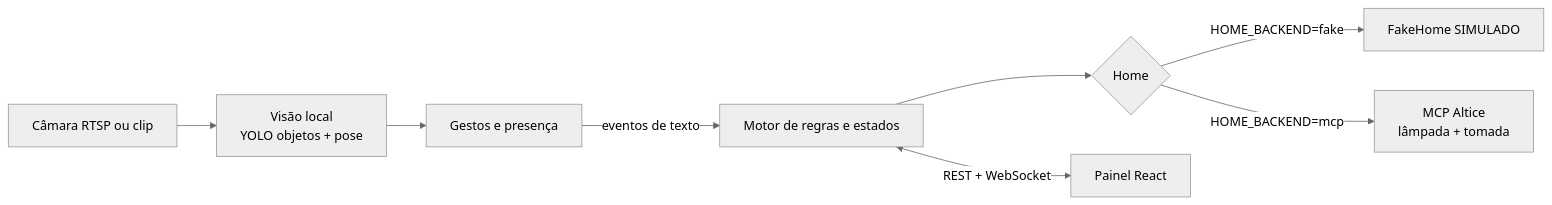
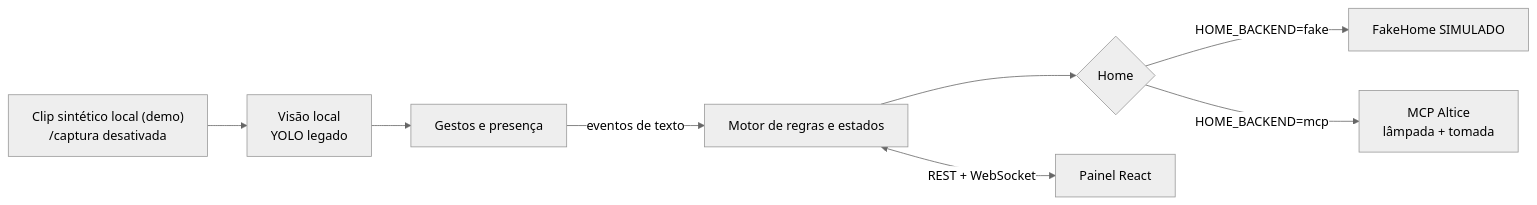
Before and after one commit to souofrancisco/homemind: the diagram in README.md, drawn with Mermaid (neutral theme). The commit also changed other lines of this file and 25 other files, not shown here.

````diff
--- a/README.md
+++ b/README.md
@@ -32,10 +32,10 @@
 ```mermaid
 flowchart LR
-  C["Câmara RTSP ou clip"] --> V["Visão local<br/>YOLO objetos + pose"]
+  C["Clip sintético local (demo)\n/captura desativada"] --> V["Visão local<br/>YOLO legado"]
   V --> G["Gestos e presença"]
   G -->|"eventos de texto"| M["Motor de regras e estados"]
   M --> H{"Home"}
   H -->|"HOME_BACKEND=fake"| F["FakeHome SIMULADO"]
   H -->|"HOME_BACKEND=mcp"| A["MCP Altice<br/>lâmpada + tomada"]
   M <-->|"REST + WebSocket"| U["Painel React"]
 ```
````
